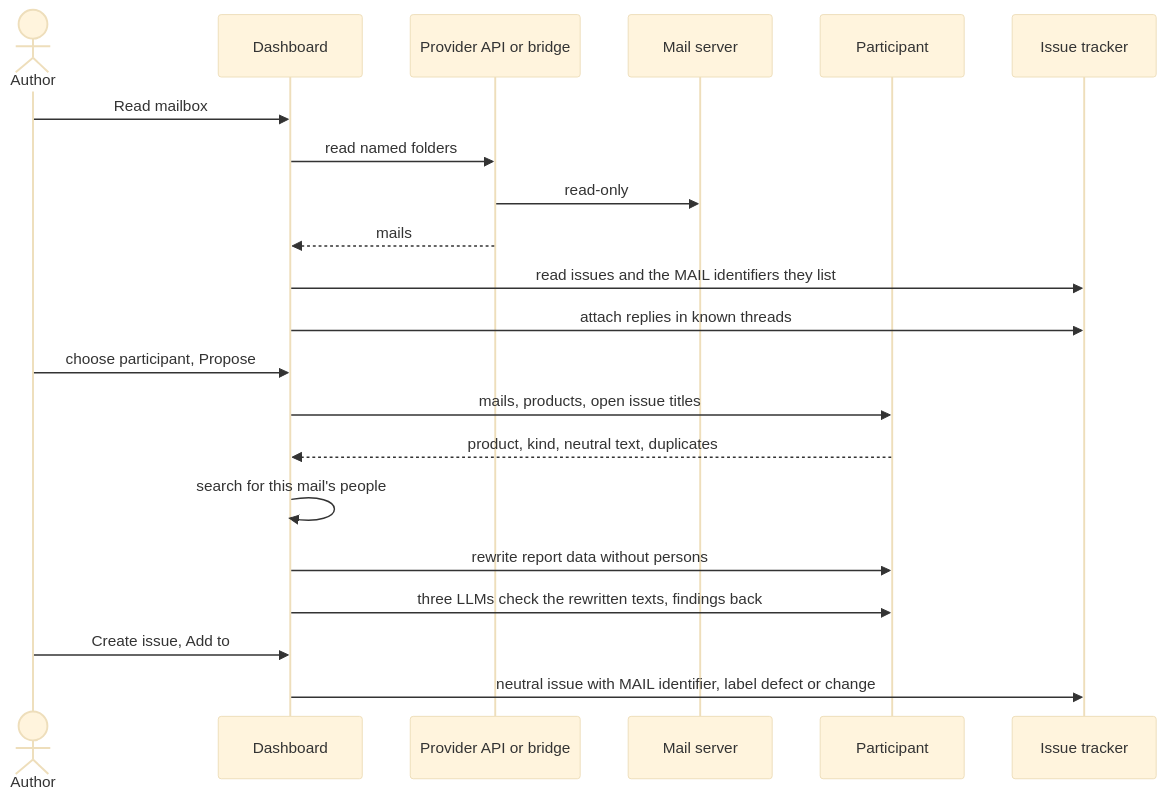
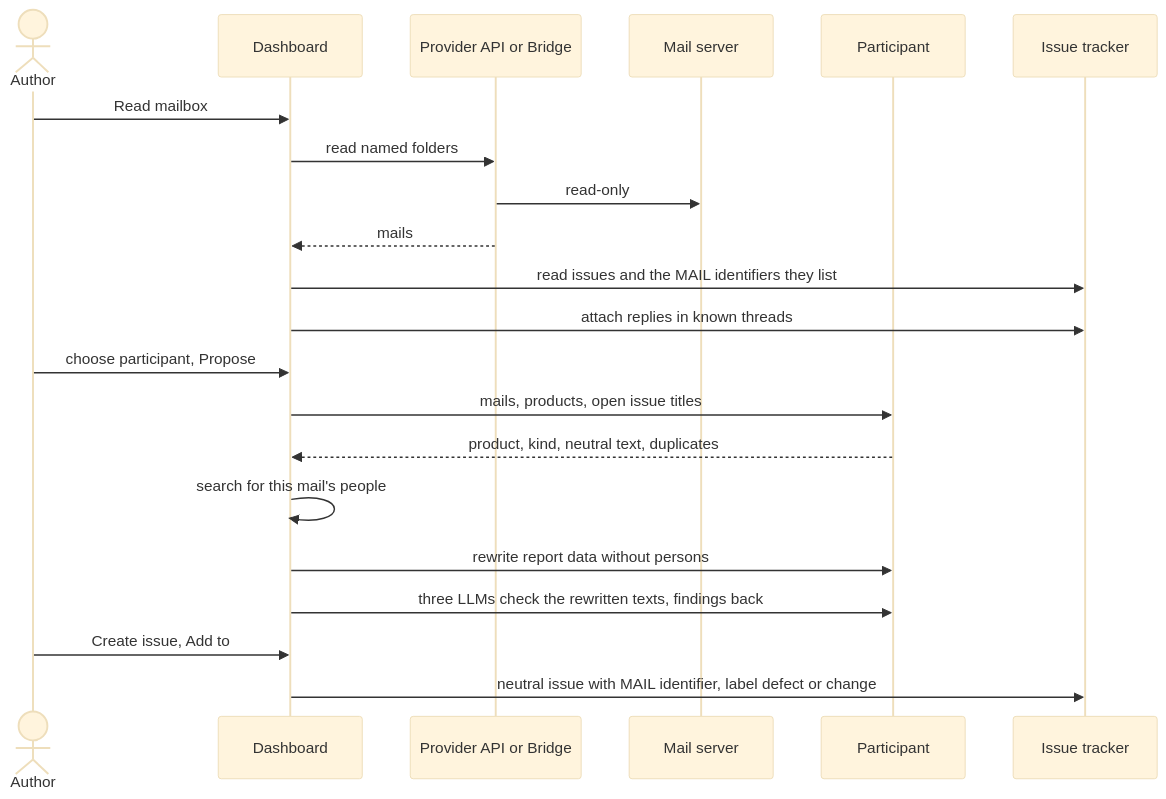
The diagram in docs/use-cases/UC-038-turn-mails-into-issues.md (akmaier/agent-m), drawn with Mermaid (base theme) before and after one commit. The commit also changed other lines of this file and 2 other files, not shown here.

First line of the commit message:
Named bridges: UC-036, UC-038 and UC-039 name the Bridge, as the mail and job routes now do

````diff
--- a/docs/use-cases/UC-038-turn-mails-into-issues.md
+++ b/docs/use-cases/UC-038-turn-mails-into-issues.md
@@ -127,23 +127,23 @@
 ```mermaid
 sequenceDiagram
     actor A as Author
     participant D as Dashboard
-    participant B as Provider API or bridge
+    participant B as Provider API or Bridge
     participant S as Mail server
     participant P as Participant
     participant I as Issue tracker
     A->>D: Read mailbox
     D->>B: read named folders
     B->>S: read-only
     B-->>D: mails
     D->>I: read issues and the MAIL identifiers they list
     D->>I: attach replies in known threads
     A->>D: choose participant, Propose
     D->>P: mails, products, open issue titles
     P-->>D: product, kind, neutral text, duplicates
     D->>D: search for this mail's people
     D->>P: rewrite report data without persons
     D->>P: three LLMs check the rewritten texts, findings back
     A->>D: Create issue, Add to #n, or Not an issue
     D->>I: neutral issue with MAIL identifier, label defect or change
 ```
````
